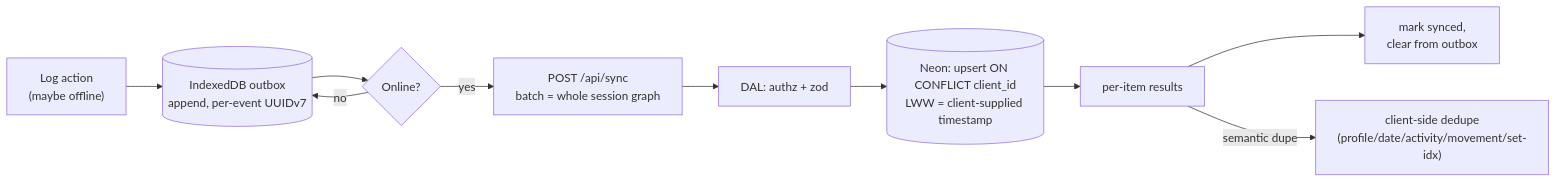
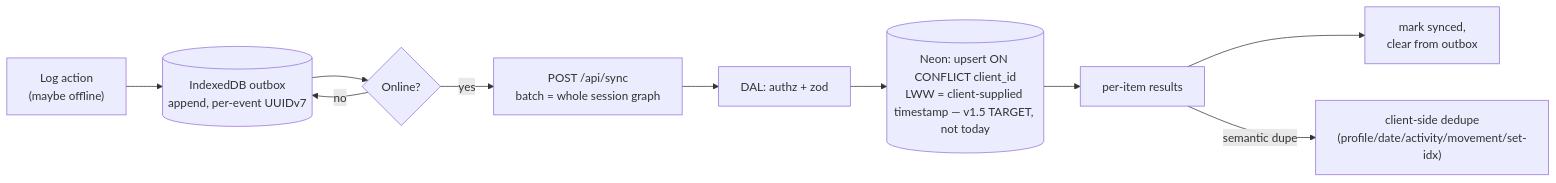
Before and after one commit to ralamode/mat-plan: the eighth of 15 diagrams in docs/architecture.md, drawn with Mermaid. The commit also changed other lines of this file and 21 other files, not shown here.

````diff
--- a/docs/architecture.md
+++ b/docs/architecture.md
@@ -371,12 +371,12 @@
 ```mermaid
 flowchart LR
   A["Log action<br/>(maybe offline)"] --> B[("IndexedDB outbox<br/>append, per-event UUIDv7")]
   B --> C{"Online?"}
   C -- no --> B
   C -- yes --> D["POST /api/sync<br/>batch = whole session graph"]
   D --> E["DAL: authz + zod"]
-  E --> F[("Neon: upsert ON CONFLICT client_id<br/>LWW = client-supplied timestamp")]
+  E --> F[("Neon: upsert ON CONFLICT client_id<br/>LWW = client-supplied timestamp — v1.5 TARGET, not today")]
   F --> G["per-item results"]
   G --> H["mark synced,<br/>clear from outbox"]
   G -->|"semantic dupe"| I["client-side dedupe<br/>(profile/date/activity/movement/set-idx)"]
 ```
````
